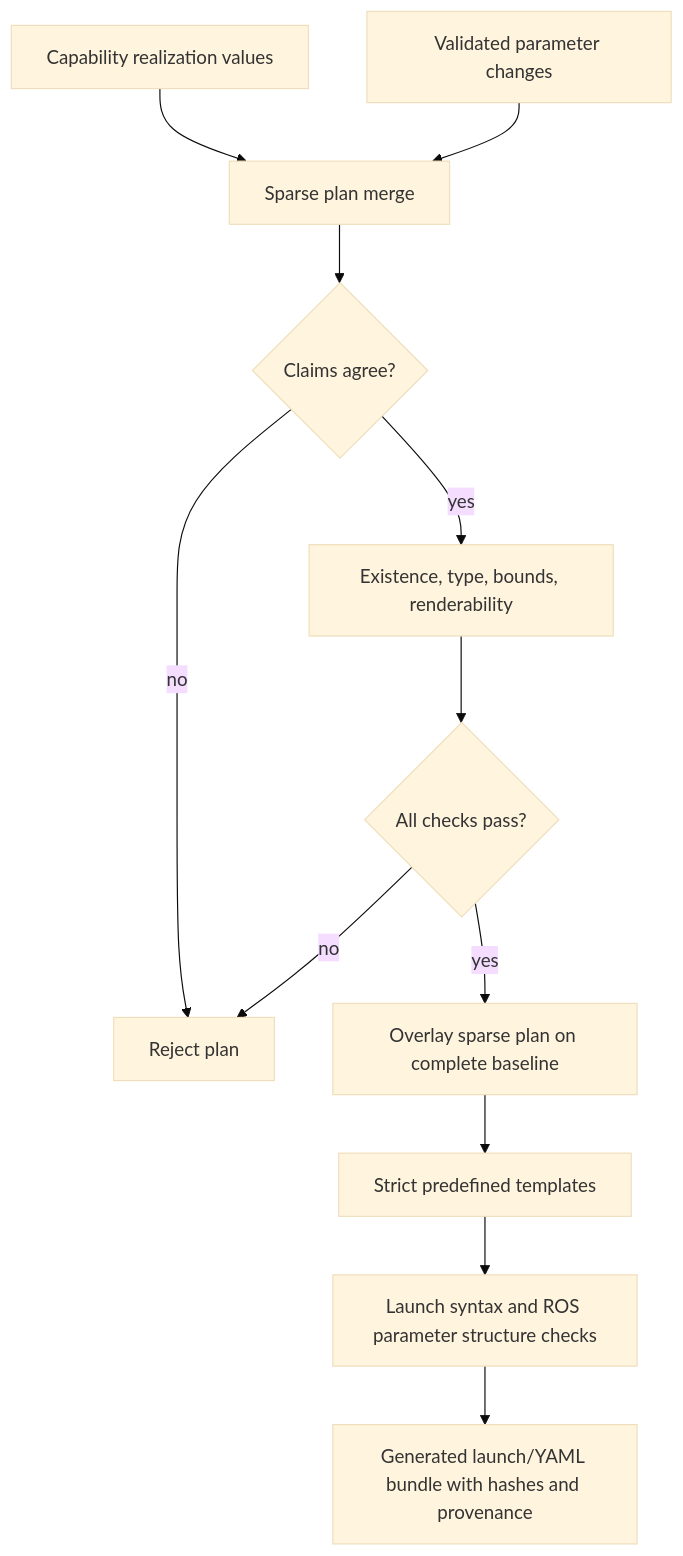
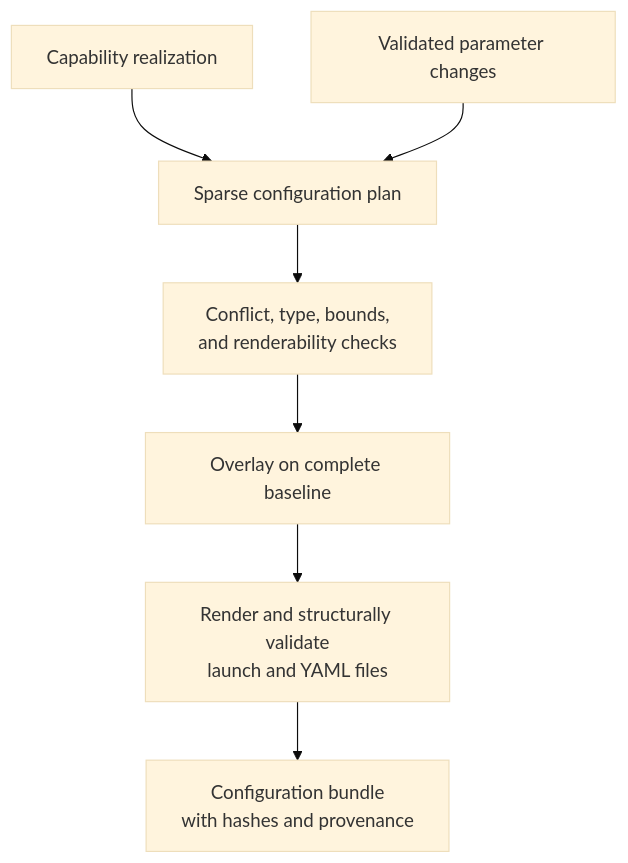
The fifth of 6 diagrams in zresearch_report/sections/proposed_solution_diagrams.md (AlfredPietraru/dizertatie), drawn with Mermaid (base theme) before and after one commit. The commit also changed other lines of this file and 13 other files, not shown here.

````diff
--- a/zresearch_report/sections/proposed_solution_diagrams.md
+++ b/zresearch_report/sections/proposed_solution_diagrams.md
@@ -111,14 +58,9 @@
 ```mermaid
 flowchart TD
-    CR[Capability realization values] --> MERGE[Sparse plan merge]
-    PC[Validated parameter changes] --> MERGE
-    MERGE --> CONFLICT{Claims agree?}
-    CONFLICT -- no --> REJECT[Reject plan]
-    CONFLICT -- yes --> OBJECTIVE[Existence, type, bounds, renderability]
-    OBJECTIVE --> VALID{All checks pass?}
-    VALID -- no --> REJECT
-    VALID -- yes --> BASE[Overlay sparse plan on complete baseline]
-    BASE --> JINJA[Strict predefined templates]
-    JINJA --> STATIC[Launch syntax and ROS parameter structure checks]
-    STATIC --> BUNDLE[Generated launch/YAML bundle with hashes and provenance]
+    CAP[Capability realization] --> MERGE[Sparse configuration plan]
+    PARAM[Validated parameter changes] --> MERGE
+    MERGE --> VALIDATE[Conflict, type, bounds,<br/>and renderability checks]
+    VALIDATE --> APPLY[Overlay on complete baseline]
+    APPLY --> RENDER[Render and structurally validate<br/>launch and YAML files]
+    RENDER --> BUNDLE[Configuration bundle<br/>with hashes and provenance]
 ```
````
